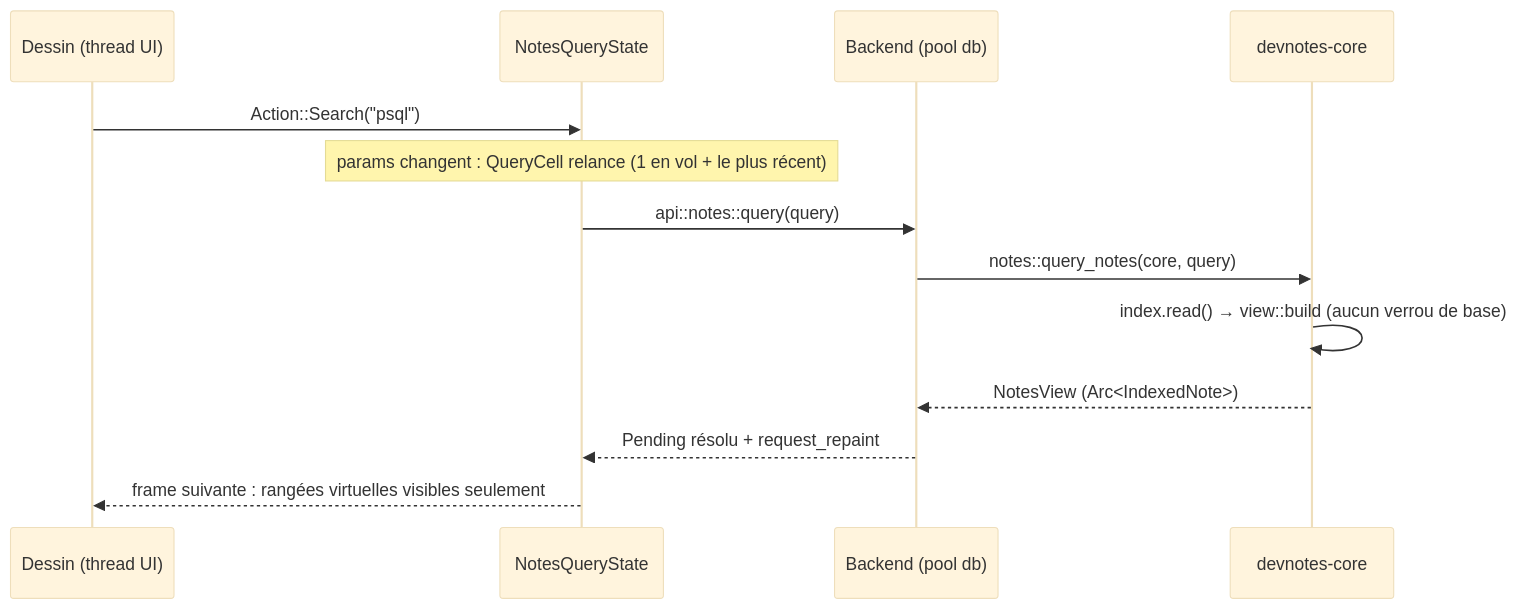
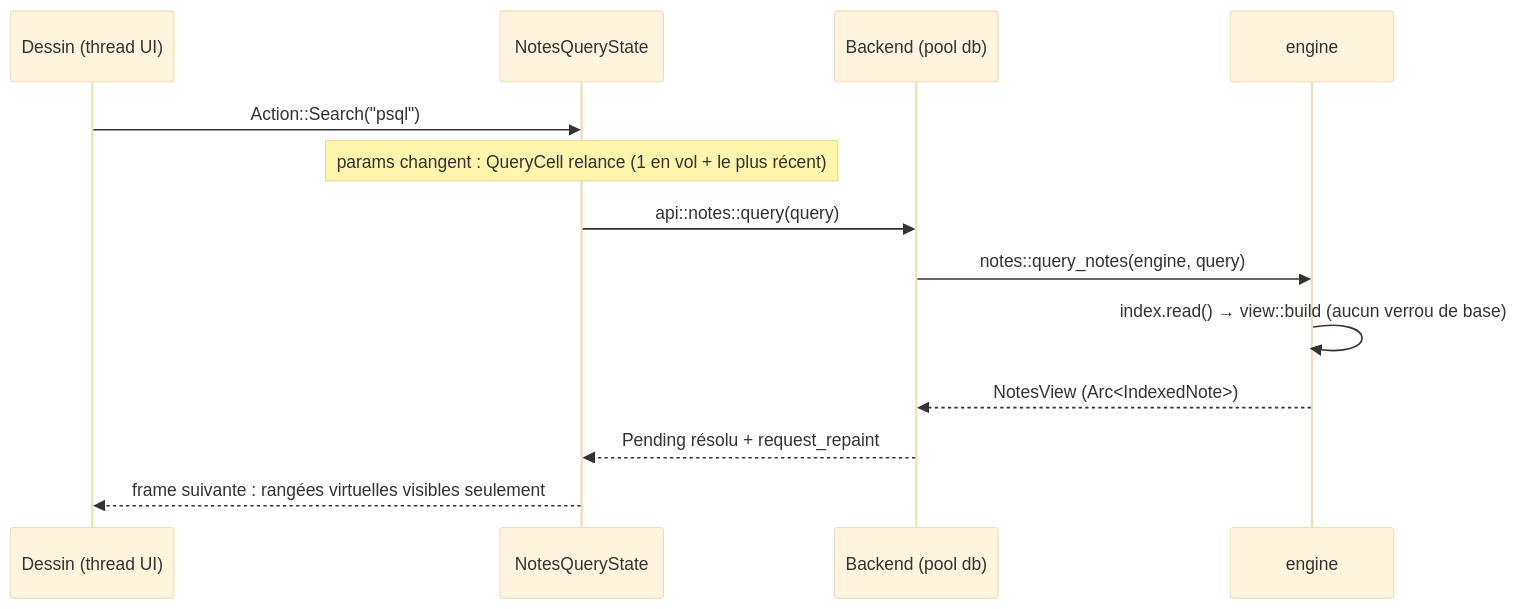
The third of 7 diagrams in docs/egui-migration-plan.md (vmillet-dev/devnotes-rs), drawn with Mermaid (base theme) before and after one commit. The commit also changed other lines of this file, not shown here.

First line of the commit message:
Architecture: name the planned crates without a devnotes- prefix

````diff
--- a/docs/egui-migration-plan.md
+++ b/docs/egui-migration-plan.md
@@ -507,15 +515,15 @@
 ```mermaid
 sequenceDiagram
   participant D as Dessin (thread UI)
   participant S as NotesQueryState
   participant B as Backend (pool db)
-  participant C as devnotes-core
+  participant C as engine
   D->>S: Action::Search("psql")
   Note over S: params changent : QueryCell relance (1 en vol + le plus récent)
   S->>B: api::notes::query(query)
-  B->>C: notes::query_notes(core, query)
+  B->>C: notes::query_notes(engine, query)
   C->>C: index.read() → view::build (aucun verrou de base)
   C-->>B: NotesView (Arc#lt;IndexedNote#gt;)
   B-->>S: Pending résolu + request_repaint
   S-->>D: frame suivante : rangées virtuelles visibles seulement
 ```
````
